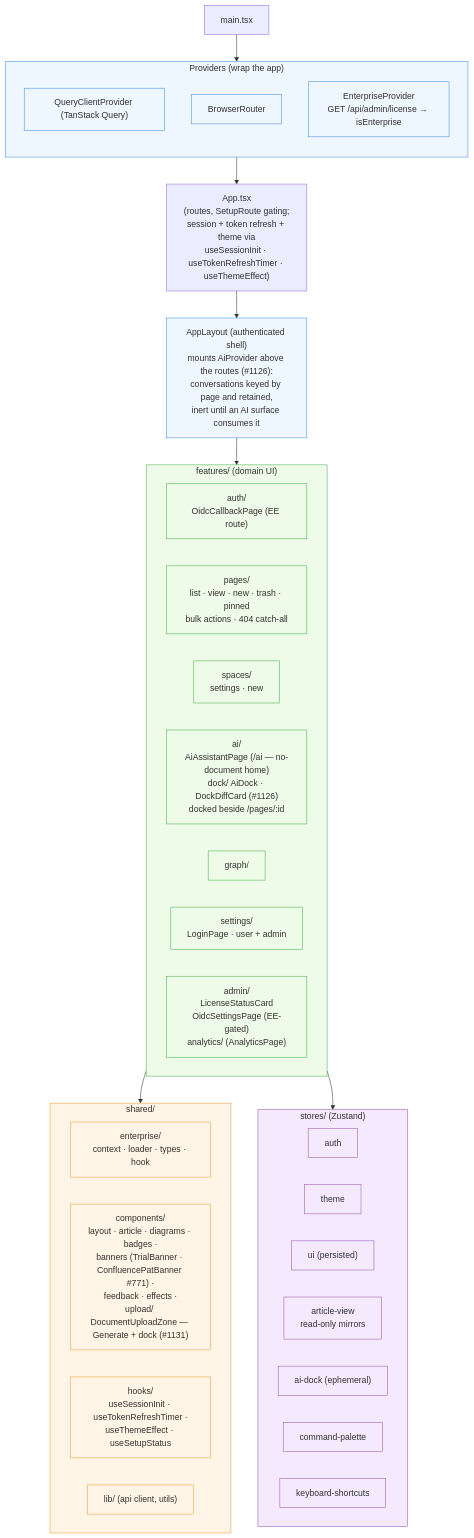
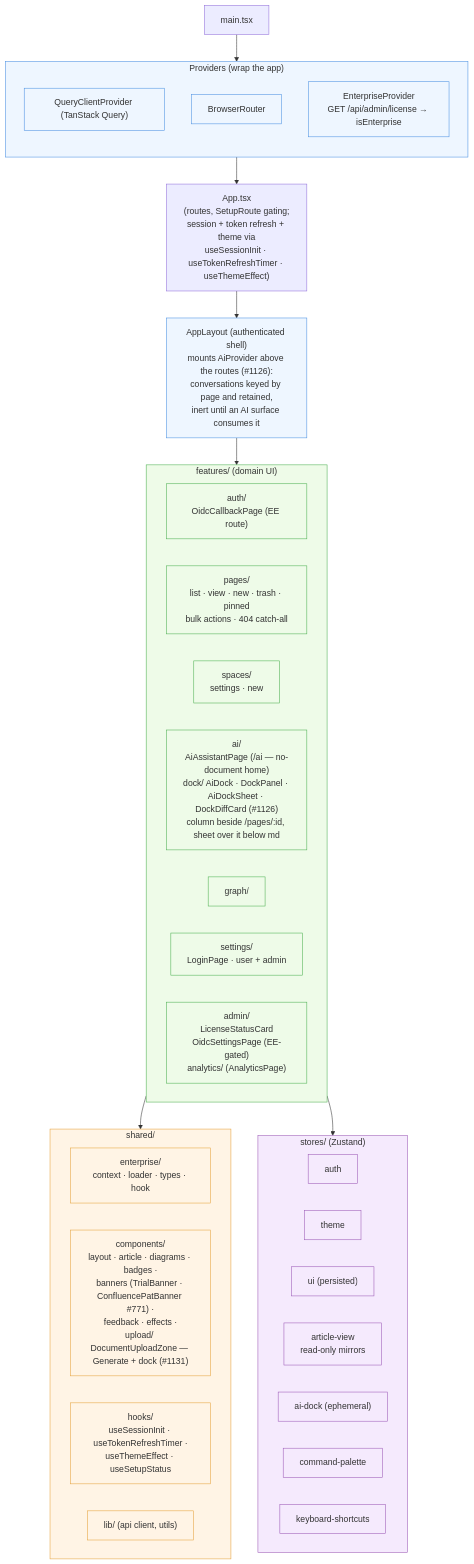
The first of 3 diagrams in docs/architecture/04-frontend-structure.md (Compendiq/compendiq-ce), drawn with Mermaid before and after one commit. The commit also changed other lines of this file and 7 other files, not shown here.

First line of the commit message:
feat(ai): drag-to-expand bottom sheet for the assistant below md (#1126, PR 3 of 3)

````diff
--- a/docs/architecture/04-frontend-structure.md
+++ b/docs/architecture/04-frontend-structure.md
@@ -8,59 +8,59 @@
 ```mermaid
 flowchart TB
     main["main.tsx"]
 
     subgraph providers["Providers (wrap the app)"]
         direction TB
         qp["QueryClientProvider (TanStack Query)"]
         rp["BrowserRouter"]
         ep["EnterpriseProvider<br/>GET /api/admin/license → isEnterprise"]
     end
 
     main --> providers
     providers --> app["App.tsx<br/>(routes, SetupRoute gating;<br/>session + token refresh + theme via<br/>useSessionInit · useTokenRefreshTimer · useThemeEffect)"]
 
     subgraph features["features/ (domain UI)"]
         direction LR
         fAuth["auth/<br/>OidcCallbackPage (EE route)"]
         fPages["pages/<br/>list · view · new · trash · pinned<br/>bulk actions · 404 catch-all"]
         fSpaces["spaces/<br/>settings · new"]
-        fAI["ai/<br/>AiAssistantPage (/ai — no-document home)<br/>dock/ AiDock · DockDiffCard (#1126)<br/>docked beside /pages/:id"]
+        fAI["ai/<br/>AiAssistantPage (/ai — no-document home)<br/>dock/ AiDock · DockPanel · AiDockSheet · DockDiffCard (#1126)<br/>column beside /pages/:id, sheet over it below md"]
         fGraph["graph/"]
         fSettings["settings/<br/>LoginPage · user + admin"]
         fAdmin["admin/<br/>LicenseStatusCard<br/>OidcSettingsPage (EE-gated)<br/>analytics/ (AnalyticsPage)"]
     end
 
     app --> shell["AppLayout (authenticated shell)<br/>mounts AiProvider above the routes (#1126):<br/>conversations keyed by page and retained,<br/>inert until an AI surface consumes it"]
     shell --> features
 
     subgraph shared["shared/"]
         direction LR
         sEnt["enterprise/<br/>context · loader · types · hook"]
         sComp["components/<br/>layout · article · diagrams · badges ·<br/>banners (TrialBanner · ConfluencePatBanner #771) ·<br/>feedback · effects ·<br/>upload/ DocumentUploadZone — Generate + dock (#1131)"]
         sHooks["hooks/<br/>useSessionInit · useTokenRefreshTimer ·<br/>useThemeEffect · useSetupStatus"]
         sLib["lib/ (api client, utils)"]
     end
 
     features --> shared
 
     subgraph stores["stores/ (Zustand)"]
         zAuth["auth"]
         zTheme["theme"]
         zUI["ui (persisted)"]
         zAV["article-view<br/>read-only mirrors"]
         zDock["ai-dock (ephemeral)"]
         zCmd["command-palette"]
         zKb["keyboard-shortcuts"]
     end
 
     features --> stores
 
     classDef prov fill:#eef6ff,stroke:#4a90e2
     classDef feat fill:#eefbe8,stroke:#4caf50
     classDef sh fill:#fff4e5,stroke:#e5a23c
     classDef st fill:#f5eafd,stroke:#9b59b6
     class providers,qp,rp,ep,shell prov
     class features,fAuth,fPages,fSpaces,fAI,fGraph,fSettings,fAdmin feat
     class shared,sEnt,sComp,sHooks,sLib sh
     class stores,zAuth,zTheme,zUI,zAV,zDock,zCmd,zKb st
 ```
````
